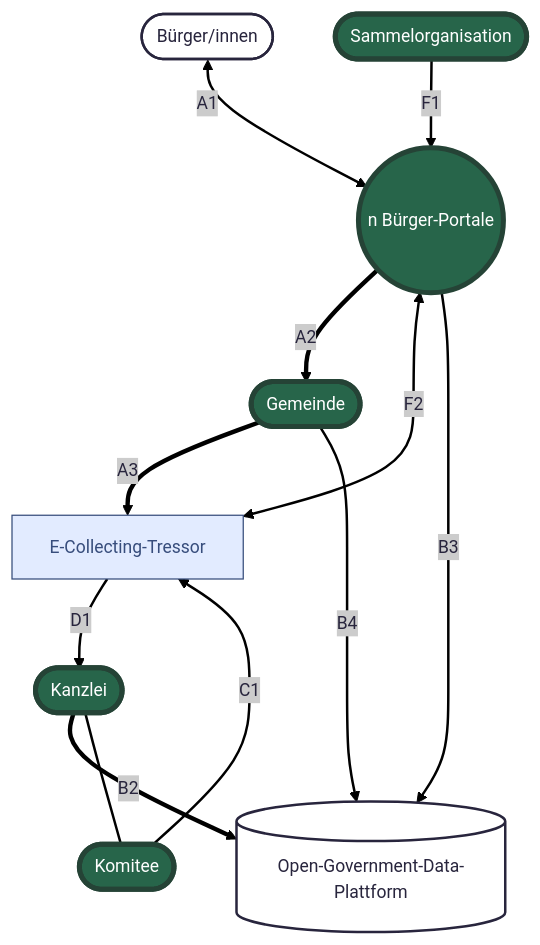
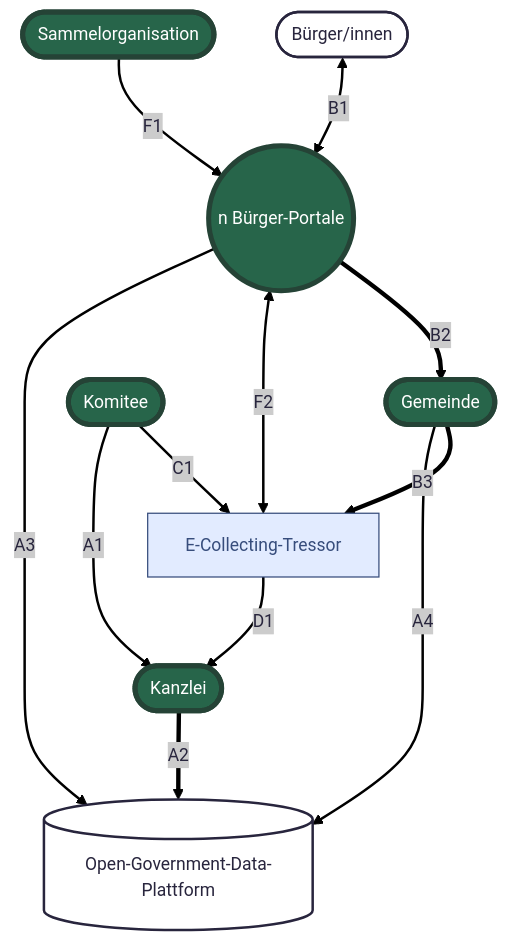
The second of 2 diagrams in README.md (swiss/e-collecting-hackathon-team2), drawn with Mermaid before and after one commit. The commit also changed other lines of this file, not shown here.

````diff
--- a/README.md
+++ b/README.md
@@ -196,29 +206,29 @@
 ```mermaid
 ---
 config:
   theme: redux
   layout: dagre
 ---
 flowchart TB
-    C(["Bürger/innen"]) <--A1--> P(("n Bürger-Portale"))
-    P == "A2" ==> M(["Gemeinde"])
+    C(["Bürger/innen"]) <--B1--> P(("n Bürger-Portale"))
+    P == "B2" ==> M(["Gemeinde"])
     K(["Komitee"]) -- "C1" --> V
     U(["Sammelorganisation"]) -- "F1"--> P
-    M == "A3" ==> V["E-Collecting-Tressor"]
+    M == "B3" ==> V["E-Collecting-Tressor"]
     P <-- "F2" --> V
     V --"D1"--> Ch(["Kanzlei"])
-    Ch == "B2" ==> OGD["Open-Government-Data-Plattform"]
-    P -- "B3" --> OGD 
-    M -- "B4" --> OGD 
-    Ch --- K
+    Ch == "A2" ==> OGD["Open-Government-Data-Plattform"]
+    P -- "A3" --> OGD 
+    M -- "A4" --> OGD 
+    K -- "A1" --> Ch
     OGD@{ shape: cyl}
      P:::Pine
      M:::Pine
      U:::Pine
      K:::Pine
      V:::Sky
      Ch:::Pine
     classDef Rose stroke-width:1px, stroke-dasharray:none, stroke:#FF5978, fill:#FFDFE5, color:#8E2236
     classDef Pine stroke-width:4px, stroke-dasharray:none, stroke:#254336, fill:#27654A, color:#FFFFFF
     classDef Sky stroke-width:1px, stroke-dasharray:none, stroke:#374D7C, fill:#E2EBFF, color:#374D7C
 ```
````
